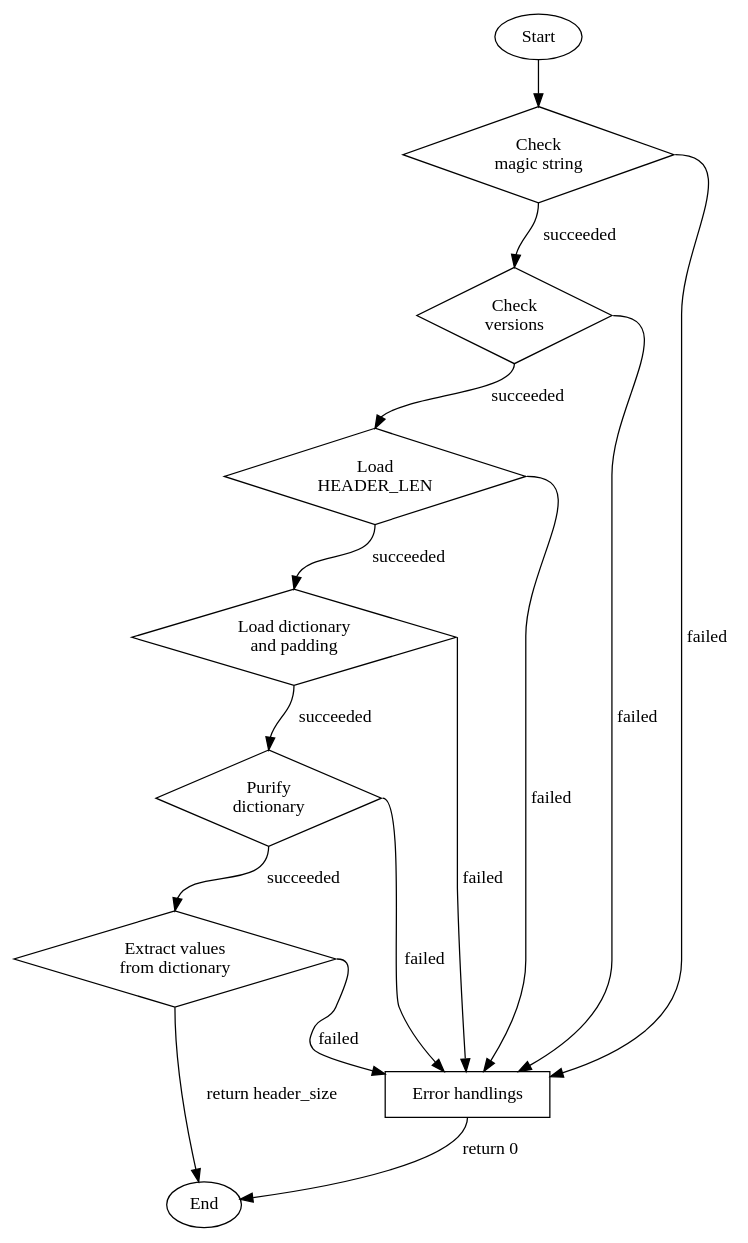
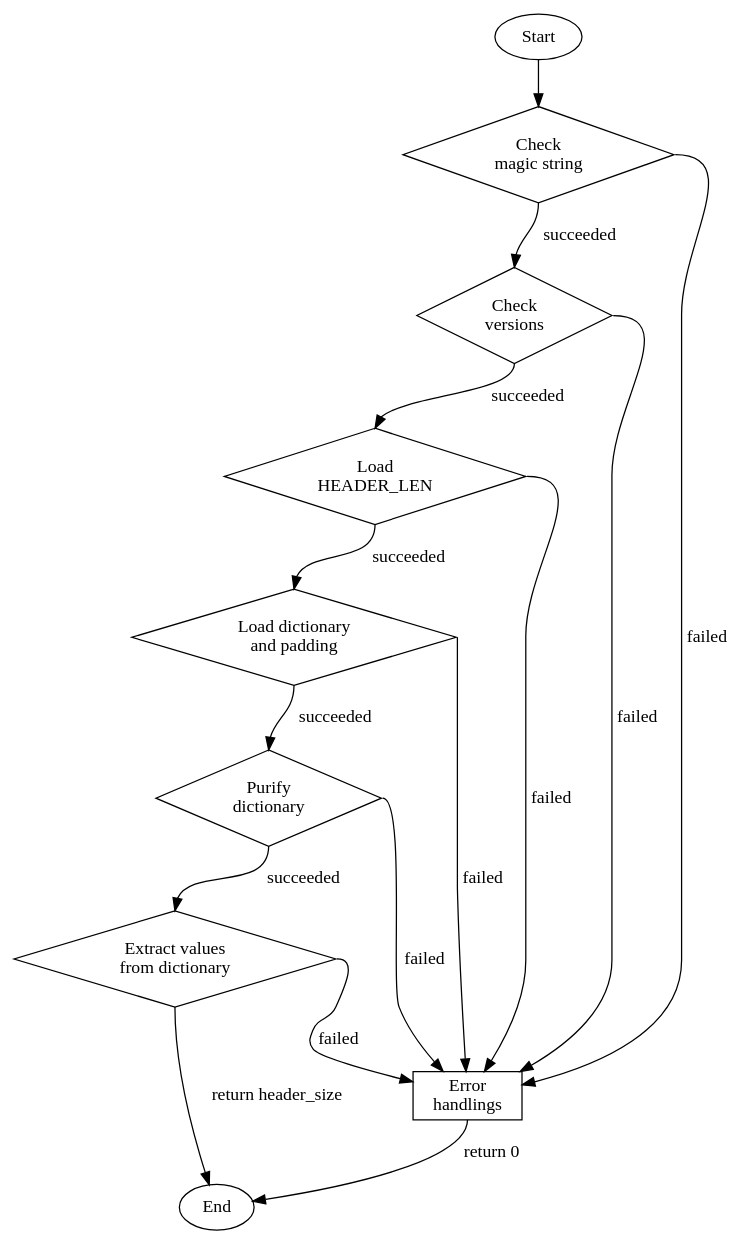
Before and after one commit to NaokiHori/SimpleNpyIO: the diagram in docs/source/implementation_reader.rst, drawn with Graphviz. The commit also changed other lines of this file and 5 other files, not shown here.

```diff
--- a/docs/source/implementation_reader.rst
+++ b/docs/source/implementation_reader.rst
@@ -53,59 +53,59 @@
 .. graphviz::
 
    digraph {
 
       spline = false;
 
       start [
          label = "Start";
          shape = oval;
       ];
       magic_string [
          label = "Check\nmagic string";
          shape = diamond;
       ];
       versions [
          label = "Check\nversions";
          shape = diamond;
       ];
       header_len [
          label = "Load\nHEADER_LEN";
          shape = diamond;
       ];
       load_dict_padding [
          label = "Load dictionary\nand padding";
          shape = diamond;
       ];
       extract_dictionary [
          label = "Purify\ndictionary";
          shape = diamond;
       ];
       extract_values [
          label = "Extract values\nfrom dictionary";
          shape = diamond;
       ];
       end [
          label = "End";
          shape = oval;
       ];
       error [
-         label = "Error handlings"
+         label = "Error\nhandlings"
          shape = rect;
       ];
 
       start:s              -> magic_string:n;
       magic_string:s       -> versions:n           [label="succeeded"];
       magic_string:e       -> error                [label="failed"]
       versions:s           -> header_len:n         [label="succeeded"];
       versions:e           -> error                [label="failed"]
       header_len:s         -> load_dict_padding:n  [label="succeeded"];
       header_len:e         -> error                [label="failed"]
       load_dict_padding:s  -> extract_dictionary:n [label="succeeded"];
       load_dict_padding:e  -> error                [label="failed"]
       extract_dictionary:s -> extract_values:n     [label="succeeded"];
       extract_dictionary:e -> error                [label="failed"]
       extract_values:s     -> end                  [label="return header_size"];
       extract_values:e     -> error                [label="failed"]
       error:s              -> end                  [label="return 0"];
 
    }
```
